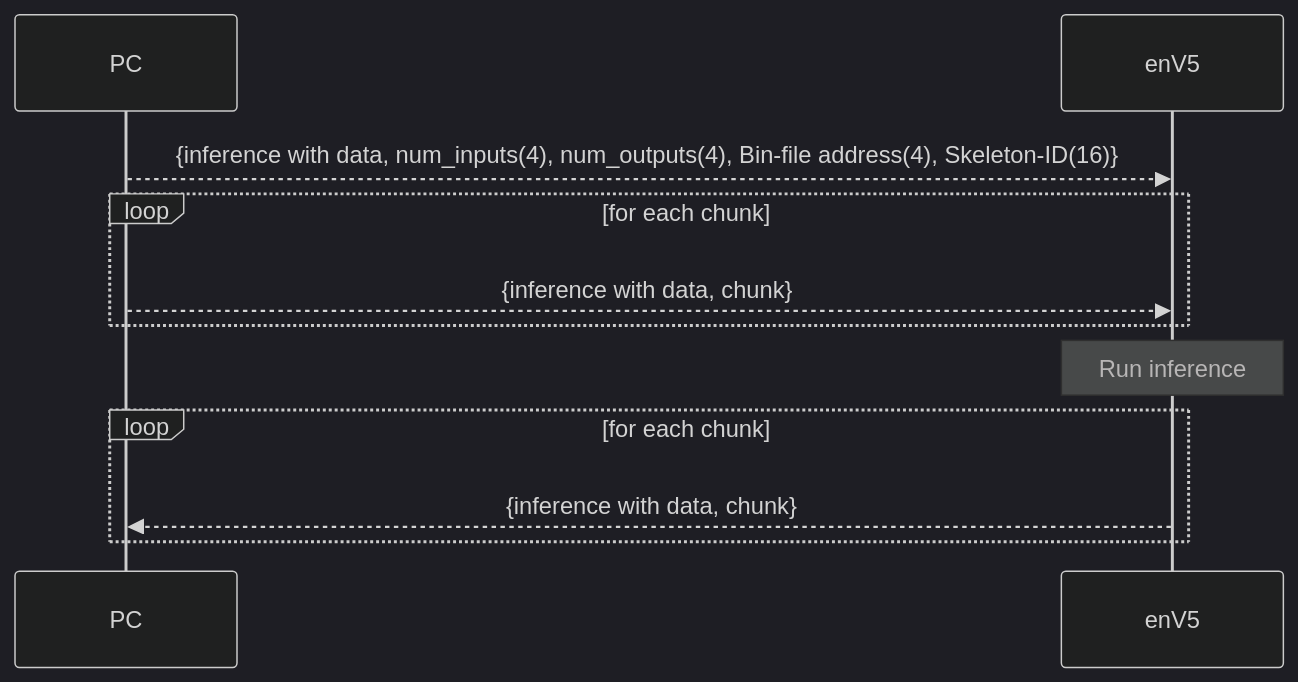
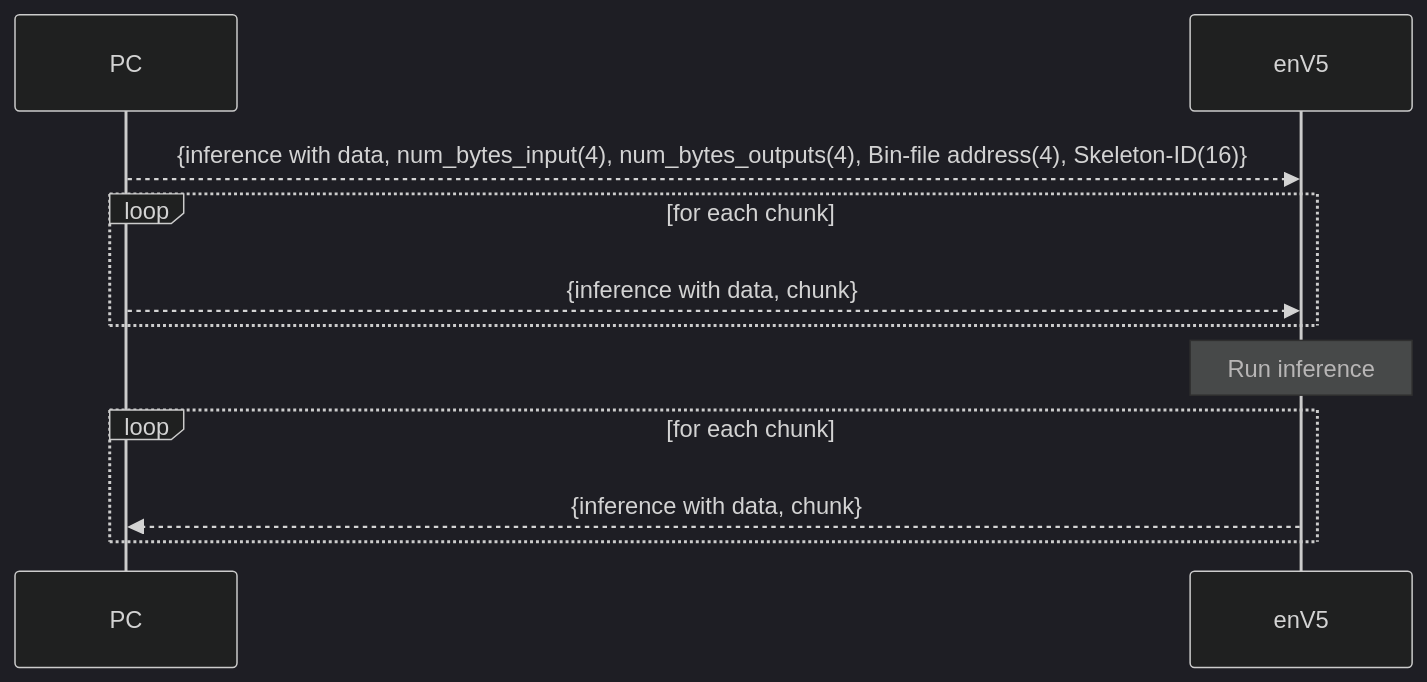
One commit to es-ude/elastic-ai.runtime.enV5 changed the tenth of 10 diagrams in python_utils/usb/README.adoc. Above: the diagram before and after it, drawn with Mermaid (dark theme). The commit also changed other lines of this file, not shown here.

```diff
--- a/python_utils/usb/README.adoc
+++ b/python_utils/usb/README.adoc
@@ -151,12 +150,12 @@
 [mermaid]
 ....
 sequenceDiagram
-    PC-->>enV5: {inference with data, num_inputs(4), num_outputs(4), Bin-file address(4), Skeleton-ID(16)}
+    PC-->>enV5: {inference with data, num_bytes_input(4), num_bytes_outputs(4), Bin-file address(4), Skeleton-ID(16)}
     loop for each chunk
     PC-->>enV5: {inference with data, chunk}
     end
     Note over enV5: Run inference
     loop for each chunk
     enV5-->>PC: {inference with data, chunk}
     end
 ....
```
